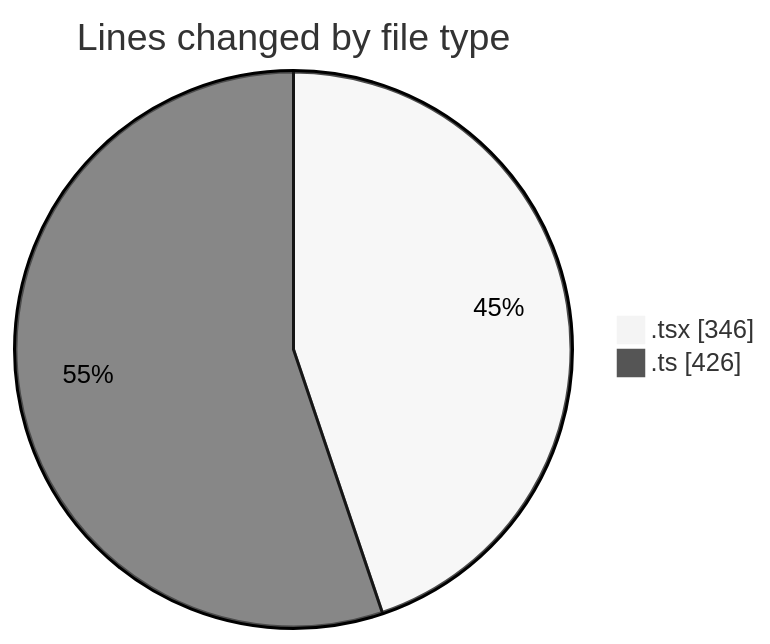
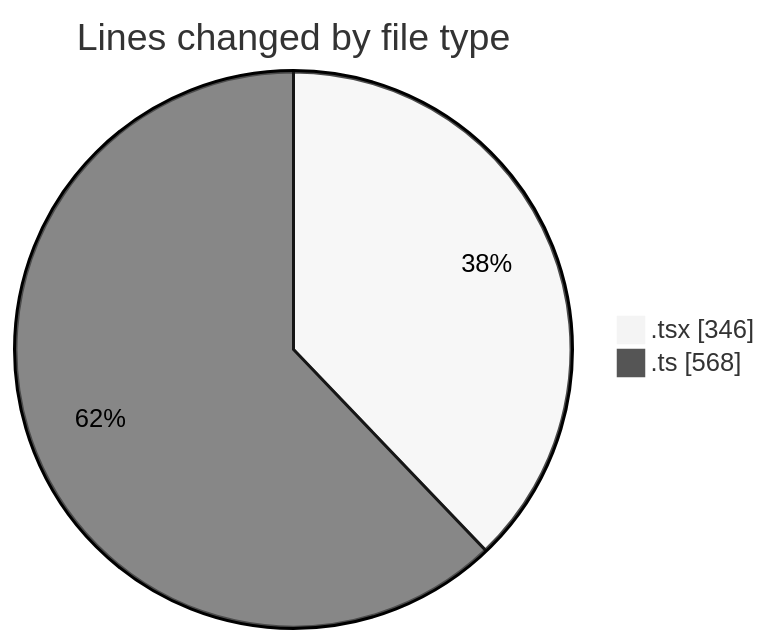
One commit to nxtqubesakshisongat/code-tracking changed the first of 2 diagrams in 2026-02-05/nxtqube_webapp/README.md. Above: the diagram before and after it, drawn with Mermaid (neutral theme). The commit also changed other lines of this file and 1 other file, not shown here.

````diff
--- a/2026-02-05/nxtqube_webapp/README.md
+++ b/2026-02-05/nxtqube_webapp/README.md
@@ -22,6 +23,6 @@
 ```mermaid
 pie showData
 title Lines changed by file type
 ".tsx" : 346
-".ts" : 426
+".ts" : 568
 ```
````
